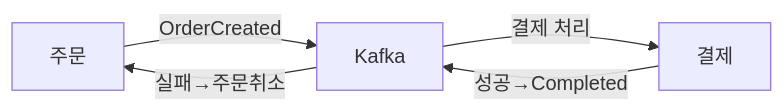
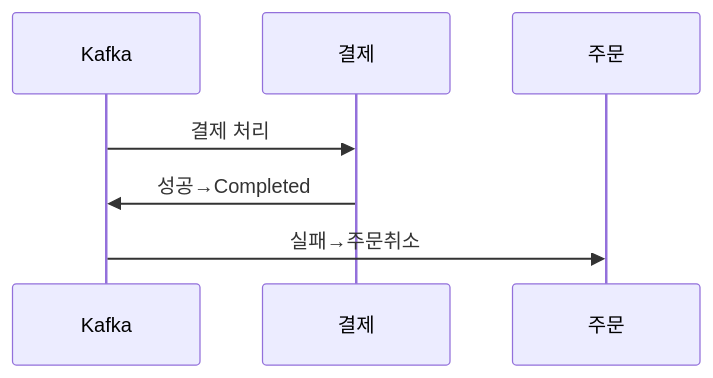
The sixth of 14 diagrams in _posts/architecture/2026-05-02-distributed-transaction-deep.md (yjkim2015/yjkim2015.github.io), drawn with Mermaid before and after one commit. The commit also changed other lines of this file and 89 other files, not shown here.

First line of the commit message:
복잡한 flowchart 163개 → sequenceDiagram 변환 (90파일)

````diff
--- a/_posts/architecture/2026-05-02-distributed-transaction-deep.md
+++ b/_posts/architecture/2026-05-02-distributed-transaction-deep.md
@@ -104,7 +102,6 @@
 ```mermaid
-graph LR
-    OS["주문"] -->|"OrderCreated"| K["Kafka"]
-    K -->|"결제 처리"| PS["결제"]
-    PS -->|"성공→Completed"| K
-    K -->|"실패→주문취소"| OS
+sequenceDiagram
+    Kafka->>결제: 결제 처리
+    결제->>Kafka: 성공→Completed
+    Kafka->>주문: 실패→주문취소
 ```
````
